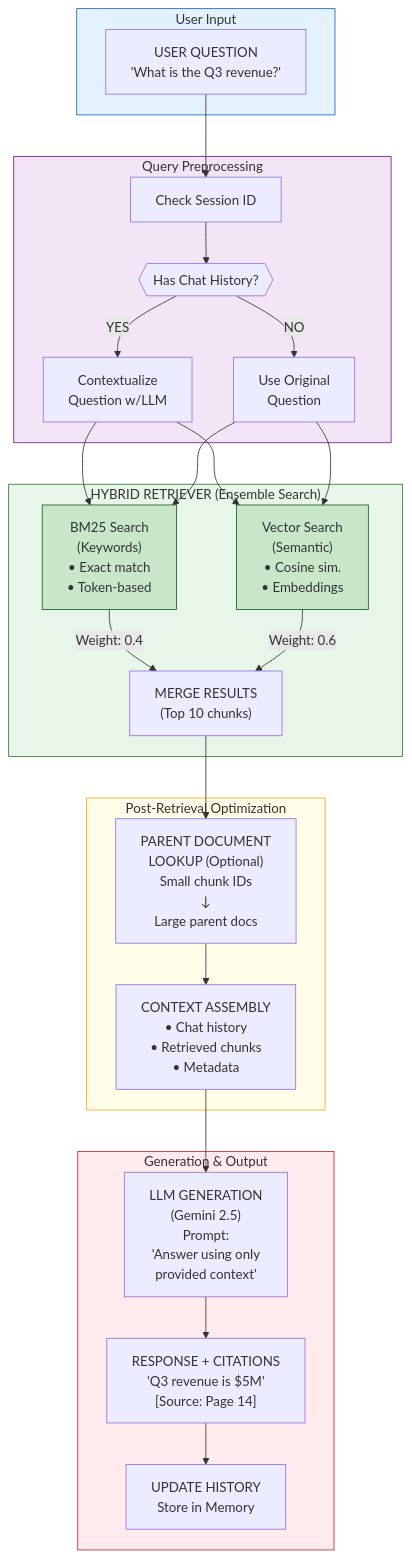
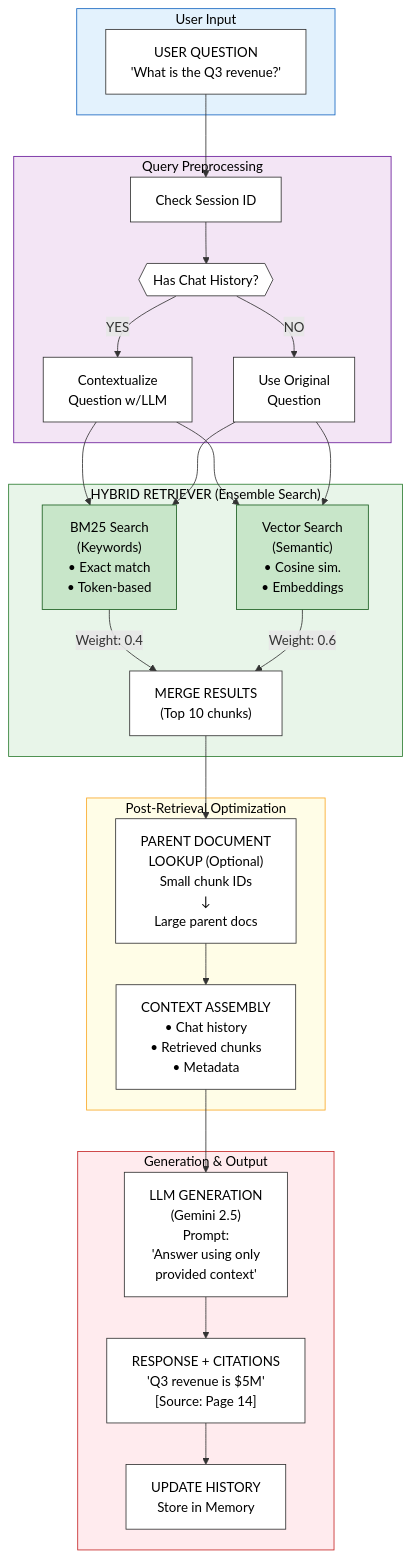
One commit to AbhinavCoder-14/PromptPage changed the second of 3 diagrams in README.md. Above: the diagram before and after it, drawn with Mermaid. The commit also changed other lines of this file, not shown here.

First line of the commit message:
Enforce black text color in diagram styles

````diff
--- a/README.md
+++ b/README.md
@@ -183,55 +183,60 @@
 ```mermaid
 flowchart TD
     subgraph Input ["User Input"]
         Question["USER QUESTION\n'What is the Q3 revenue?'"]
     end
 
     subgraph Preprocessing ["Query Preprocessing"]
         CheckSession["Check Session ID"]
         HasHistory{{"Has Chat History?"}}
         Contextualize["Contextualize\nQuestion w/LLM"]
         UseOriginal["Use Original\nQuestion"]
     end
 
     subgraph Retrieval ["HYBRID RETRIEVER (Ensemble Search)"]
         BM25["BM25 Search\n(Keywords)\n• Exact match\n• Token-based"]
         VectorSearch["Vector Search\n(Semantic)\n• Cosine sim.\n• Embeddings"]
         Merge["MERGE RESULTS\n(Top 10 chunks)"]
     end
 
     subgraph PostRetrieval ["Post-Retrieval Optimization"]
         ParentDoc["PARENT DOCUMENT\nLOOKUP (Optional)\nSmall chunk IDs\n↓\nLarge parent docs"]
         ContextAssembly["CONTEXT ASSEMBLY\n• Chat history\n• Retrieved chunks\n• Metadata"]
     end
 
     subgraph Generation ["Generation & Output"]
         LLM["LLM GENERATION\n(Gemini 2.5)\nPrompt:\n'Answer using only\nprovided context'"]
         Response["RESPONSE + CITATIONS\n'Q3 revenue is $5M'\n[Source: Page 14]"]
         UpdateHistory["UPDATE HISTORY\nStore in Memory"]
     end
 
     Question --> CheckSession
     CheckSession --> HasHistory
     HasHistory -->|YES| Contextualize
     HasHistory -->|NO| UseOriginal
     Contextualize --> BM25
     Contextualize --> VectorSearch
     UseOriginal --> BM25
     UseOriginal --> VectorSearch
 
     BM25 -->|"Weight: 0.4"| Merge
     VectorSearch -->|"Weight: 0.6"| Merge
     Merge --> ParentDoc
     ParentDoc --> ContextAssembly
     ContextAssembly --> LLM
     LLM --> Response
     Response --> UpdateHistory
 
-    style Input fill:#e3f2fd,stroke:#1565c0
-    style Preprocessing fill:#f3e5f5,stroke:#6a1b9a
-    style Retrieval fill:#e8f5e9,stroke:#2e7d32
-    style PostRetrieval fill:#fffde7,stroke:#f9a825
-    style Generation fill:#ffebee,stroke:#c62828
-    style BM25 fill:#c8e6c9,stroke:#1b5e20
-    style VectorSearch fill:#c8e6c9,stroke:#1b5e20
+    %% --- STYLING ---
+    %% 1. Force all unstyled nodes (LLM, Question, etc) to have Black Text & White BG
+    classDef default fill:#fff,stroke:#333,stroke-width:1px,color:#000
+
+    %% 2. Your custom styles with color:#000 added
+    style Input fill:#e3f2fd,stroke:#1565c0,color:#000
+    style Preprocessing fill:#f3e5f5,stroke:#6a1b9a,color:#000
+    style Retrieval fill:#e8f5e9,stroke:#2e7d32,color:#000
+    style PostRetrieval fill:#fffde7,stroke:#f9a825,color:#000
+    style Generation fill:#ffebee,stroke:#c62828,color:#000
+    style BM25 fill:#c8e6c9,stroke:#1b5e20,color:#000
+    style VectorSearch fill:#c8e6c9,stroke:#1b5e20,color:#000
 ```
````
